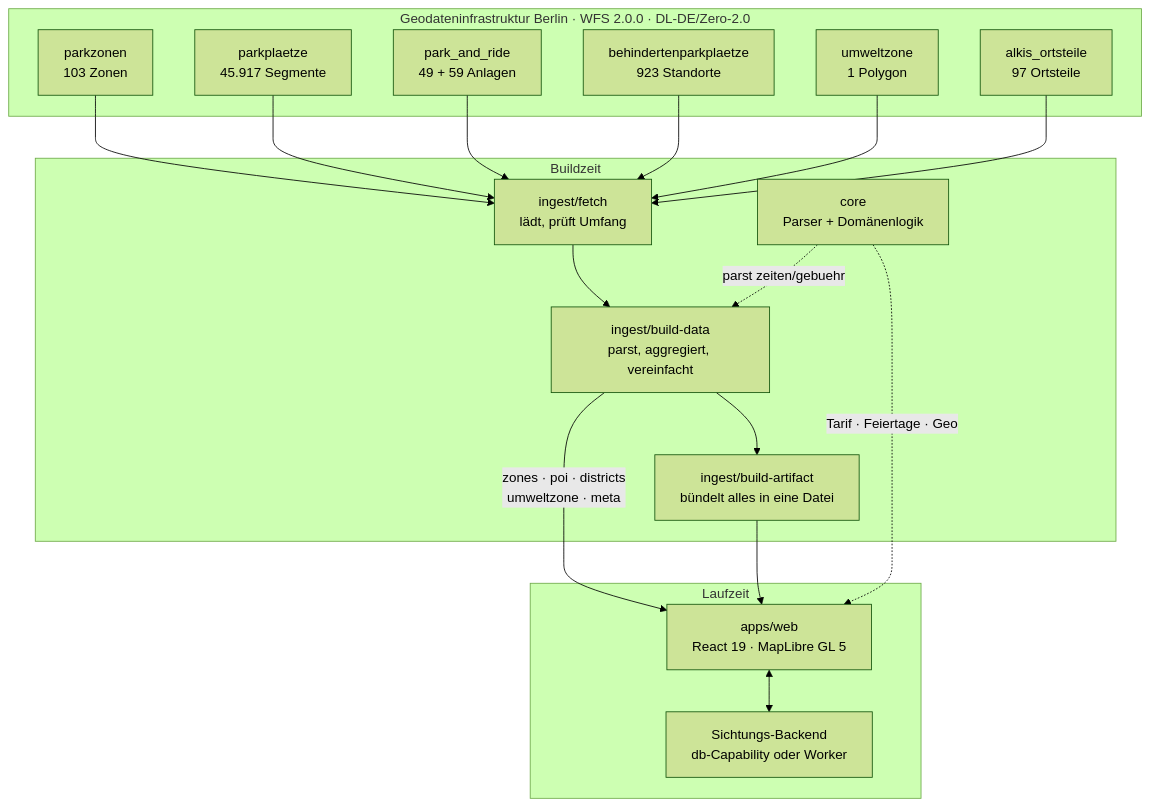
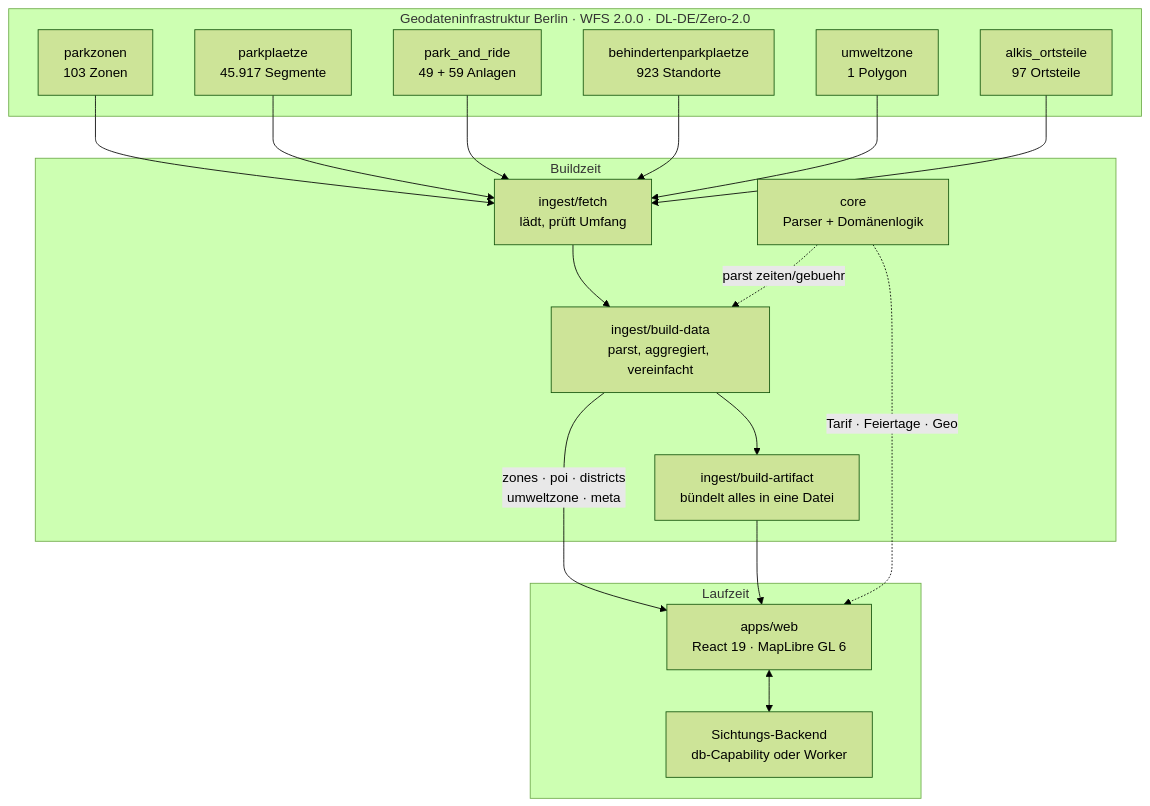
One commit to knoellchenfrei/knoellchenfrei changed the first of 4 diagrams in docs/architecture.md. Above: the diagram before and after it, drawn with Mermaid (forest theme). The commit also changed other lines of this file and 5 other files, not shown here.

````diff
--- a/docs/architecture.md
+++ b/docs/architecture.md
@@ -5,30 +5,30 @@
 ```mermaid
 flowchart TB
     subgraph quellen["Geodateninfrastruktur Berlin · WFS 2.0.0 · DL-DE/Zero-2.0"]
         Q1["parkzonen<br/>103 Zonen"]
         Q2["parkplaetze<br/>45.917 Segmente"]
         Q3["park_and_ride<br/>49 + 59 Anlagen"]
         Q4["behindertenparkplaetze<br/>923 Standorte"]
         Q5["umweltzone<br/>1 Polygon"]
         Q6["alkis_ortsteile<br/>97 Ortsteile"]
     end
 
     subgraph build["Buildzeit"]
         F["ingest/fetch<br/>lädt, prüft Umfang"]
         B["ingest/build-data<br/>parst, aggregiert, vereinfacht"]
         C["core<br/>Parser + Domänenlogik"]
         A["ingest/build-artifact<br/>bündelt alles in eine Datei"]
     end
 
     subgraph laufzeit["Laufzeit"]
-        W["apps/web<br/>React 19 · MapLibre GL 5"]
+        W["apps/web<br/>React 19 · MapLibre GL 6"]
         S["Sichtungs-Backend<br/>db-Capability oder Worker"]
     end
 
     Q1 & Q2 & Q3 & Q4 & Q5 & Q6 --> F --> B
     C -.->|"parst zeiten/gebuehr"| B
     B -->|"zones · poi · districts<br/>umweltzone · meta"| W
     B --> A --> W
     C -.->|"Tarif · Feiertage · Geo"| W
     W <--> S
 ```
````
